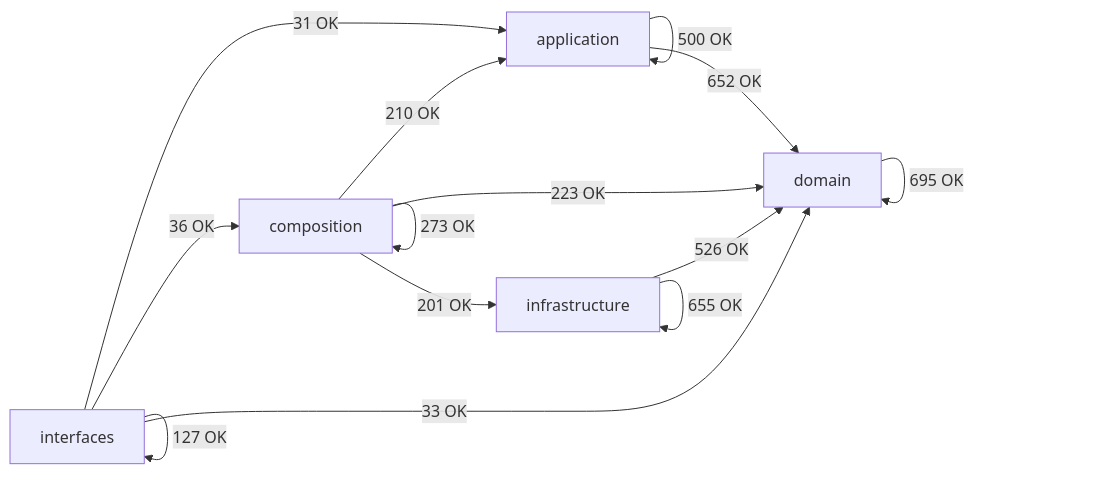
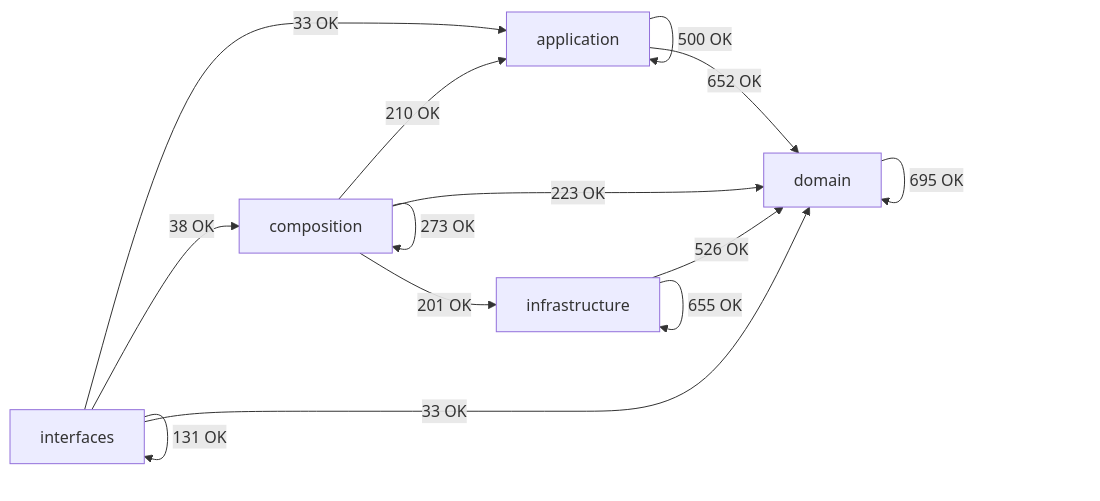
One commit to SatoryKono/BioactivityDataAcquisition changed the diagram in docs/02-architecture/generated/module-dependency-map.md. Above: the diagram before and after it, drawn with Mermaid. The commit also changed other lines of this file and 80 other files, not shown here.

````diff
--- a/docs/02-architecture/generated/module-dependency-map.md
+++ b/docs/02-architecture/generated/module-dependency-map.md
@@ -16,21 +16,21 @@
 ```mermaid
 flowchart LR
     domain[domain]
     application[application]
     infrastructure[infrastructure]
     composition[composition]
     interfaces[interfaces]
     application -->|500 OK| application
     application -->|652 OK| domain
     composition -->|210 OK| application
     composition -->|273 OK| composition
     composition -->|223 OK| domain
     composition -->|201 OK| infrastructure
     domain -->|695 OK| domain
     infrastructure -->|526 OK| domain
     infrastructure -->|655 OK| infrastructure
-    interfaces -->|31 OK| application
-    interfaces -->|36 OK| composition
+    interfaces -->|33 OK| application
+    interfaces -->|38 OK| composition
     interfaces -->|33 OK| domain
-    interfaces -->|127 OK| interfaces
+    interfaces -->|131 OK| interfaces
 ```
````
